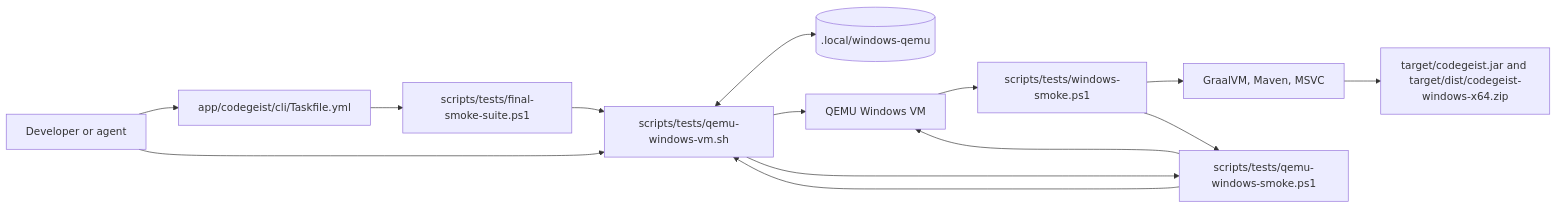
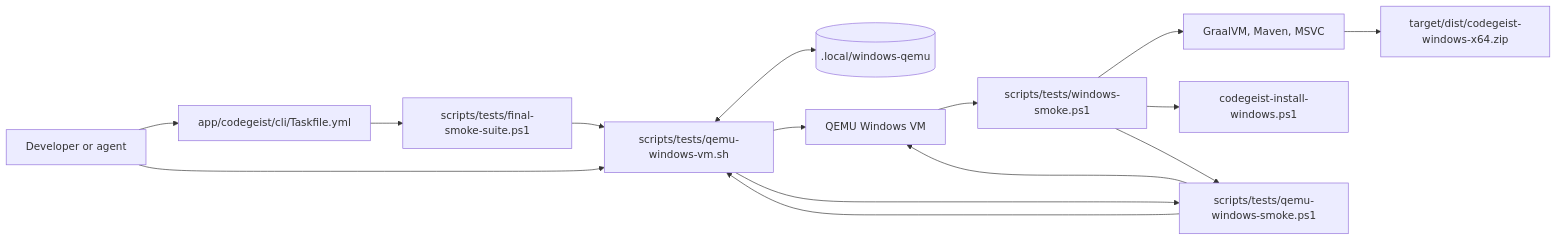
Before and after one commit to codegeist-ai/codegeist: the first of 3 diagrams in docs/developer/release/windows-qemu-smoke.md, drawn with Mermaid. The commit also changed other lines of this file and 22 other files, not shown here.

````diff
--- a/docs/developer/release/windows-qemu-smoke.md
+++ b/docs/developer/release/windows-qemu-smoke.md
@@ -78,27 +86,29 @@
 ```mermaid
 flowchart LR
     Developer[Developer or agent]
     Taskfile[app/codegeist/cli/Taskfile.yml]
     FinalSuite[scripts/tests/final-smoke-suite.ps1]
     VmScript[scripts/tests/qemu-windows-vm.sh]
     State[(.local/windows-qemu)]
     Qemu[QEMU Windows VM]
     SshSmoke[scripts/tests/qemu-windows-smoke.ps1]
     WinSmoke[scripts/tests/windows-smoke.ps1]
     BuildTools[GraalVM, Maven, MSVC]
-    Artifacts[target/codegeist.jar and target/dist/codegeist-windows-x64.zip]
+    Artifacts[target/dist/codegeist-windows-x64.zip]
+    Installer[codegeist-install-windows.ps1]
 
     Developer --> Taskfile
     Developer --> VmScript
     Taskfile --> FinalSuite
     FinalSuite --> VmScript
     VmScript <--> State
     VmScript --> Qemu
     VmScript --> SshSmoke
     SshSmoke --> Qemu
     Qemu --> WinSmoke
     WinSmoke --> BuildTools
     BuildTools --> Artifacts
+    WinSmoke --> Installer
     WinSmoke --> SshSmoke
     SshSmoke --> VmScript
 ```
````
